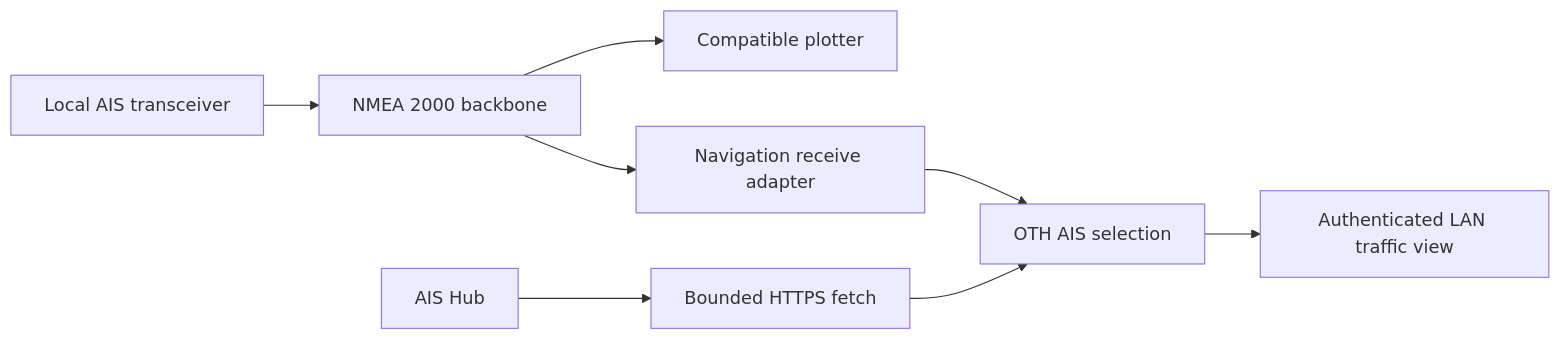
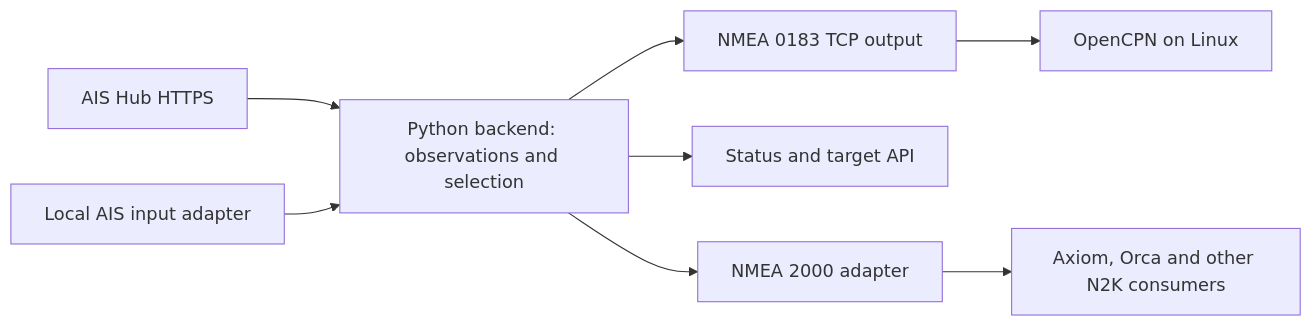
Before and after one commit to vadimio/oth-ais: the diagram in docs/architecture.md, drawn with Mermaid. The commit also changed other lines of this file and 5 other files, not shown here.

Commit message:
Revise OTH AIS design around Python, OpenCPN and local AIS priority

````diff
--- a/docs/architecture.md
+++ b/docs/architecture.md
@@ -13,10 +7,10 @@
 ```mermaid
 flowchart LR
-    VHF[Local AIS transceiver] --> BUS[NMEA 2000 backbone]
-    BUS --> PLOT[Compatible plotter]
-    BUS --> RX[Navigation receive adapter]
-    RX --> CORE[OTH AIS selection]
-    HUB[AIS Hub] --> FETCH[Bounded HTTPS fetch]
-    FETCH --> CORE
-    CORE --> LAN[Authenticated LAN traffic view]
+    HUB[AIS Hub HTTPS] --> CORE[Python backend: observations and selection]
+    LOCAL[Local AIS input adapter] --> CORE
+    CORE --> TCP[NMEA 0183 TCP output]
+    TCP --> OCPN[OpenCPN on Linux]
+    CORE --> API[Status and target API]
+    CORE --> CAN[NMEA 2000 adapter]
+    CAN --> CLIENTS[Axiom, Orca and other N2K consumers]
 ```
````
